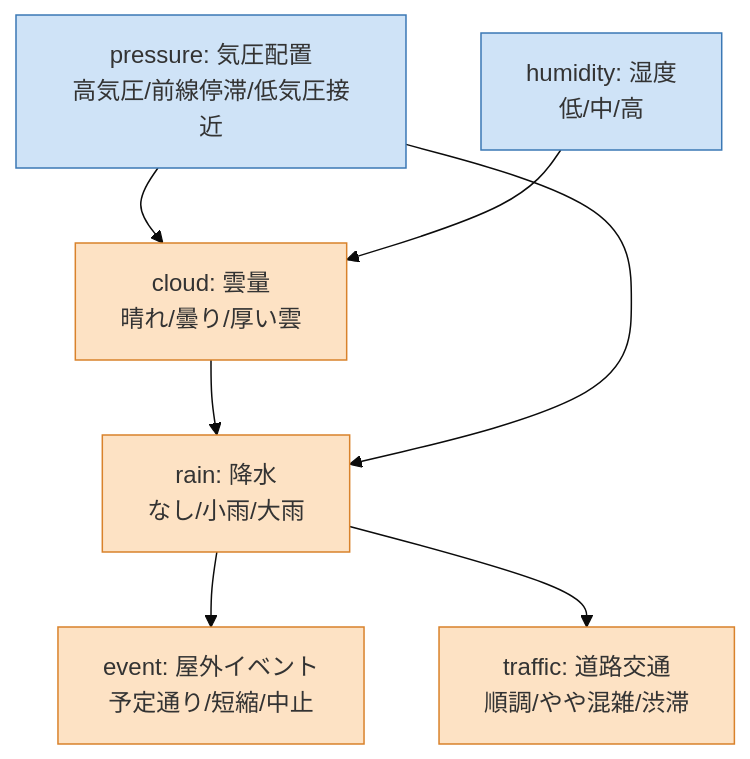
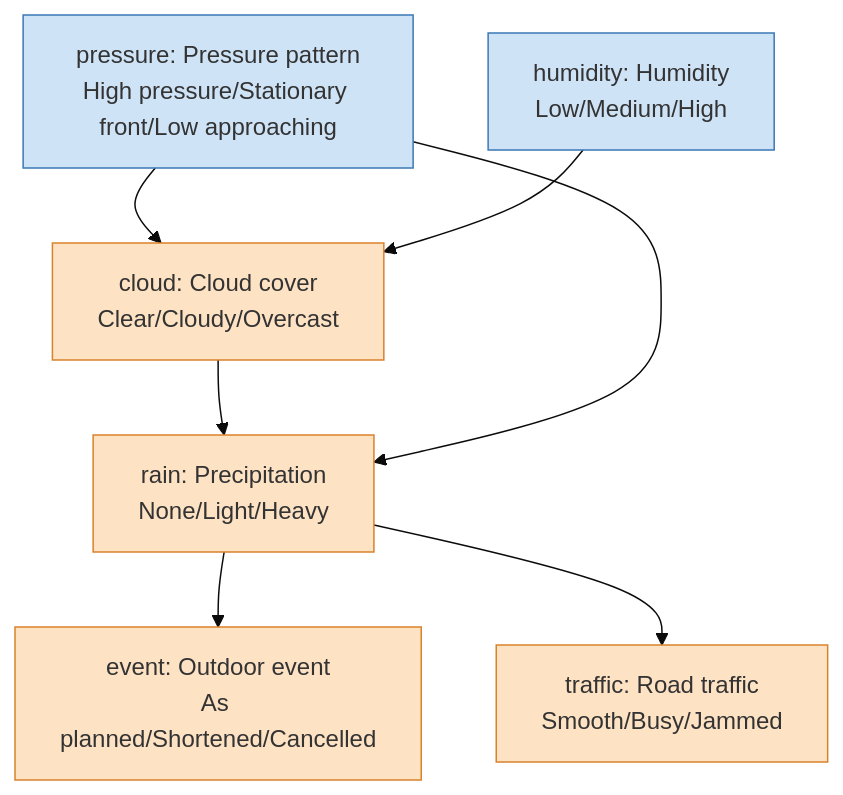
The first of 2 diagrams in README.md (salmonsnare/fxtensor-bayesnet), drawn with Mermaid (base theme) before and after one commit. The commit also changed other lines of this file and 21 other files, not shown here.

````diff
--- a/README.md
+++ b/README.md
@@ -170,19 +179,20 @@
 ```mermaid
 graph TD
-  pressure["pressure: 気圧配置<br/>高気圧/前線停滞/低気圧接近"]
-  humidity["humidity: 湿度<br/>低/中/高"]
-  cloud["cloud: 雲量<br/>晴れ/曇り/厚い雲"]
-  rain["rain: 降水<br/>なし/小雨/大雨"]
-  event["event: 屋外イベント<br/>予定通り/短縮/中止"]
-  traffic["traffic: 道路交通<br/>順調/やや混雑/渋滞"]
+  pressure["pressure: Pressure pattern<br/>High pressure/Stationary front/Low approaching"]
+  humidity["humidity: Humidity<br/>Low/Medium/High"]
+  cloud["cloud: Cloud cover<br/>Clear/Cloudy/Overcast"]
+  rain["rain: Precipitation<br/>None/Light/Heavy"]
+  event["event: Outdoor event<br/>As planned/Shortened/Cancelled"]
+  traffic["traffic: Road traffic<br/>Smooth/Busy/Jammed"]
   pressure --> cloud
   humidity --> cloud
   cloud --> rain
   pressure --> rain
   rain --> event
   rain --> traffic
   classDef root fill:#cfe3f7,stroke:#3b78b5
   class pressure,humidity root
   classDef output fill:#fde2c4,stroke:#d9822b
   class cloud,rain,event,traffic output
+
 ```
````
